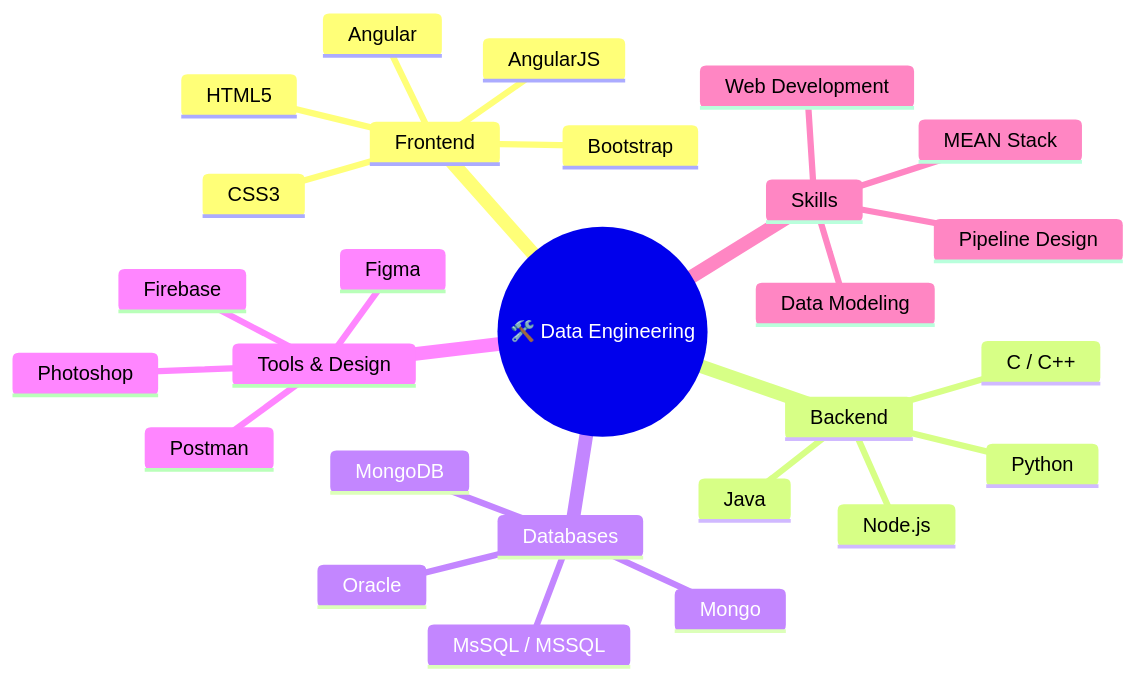
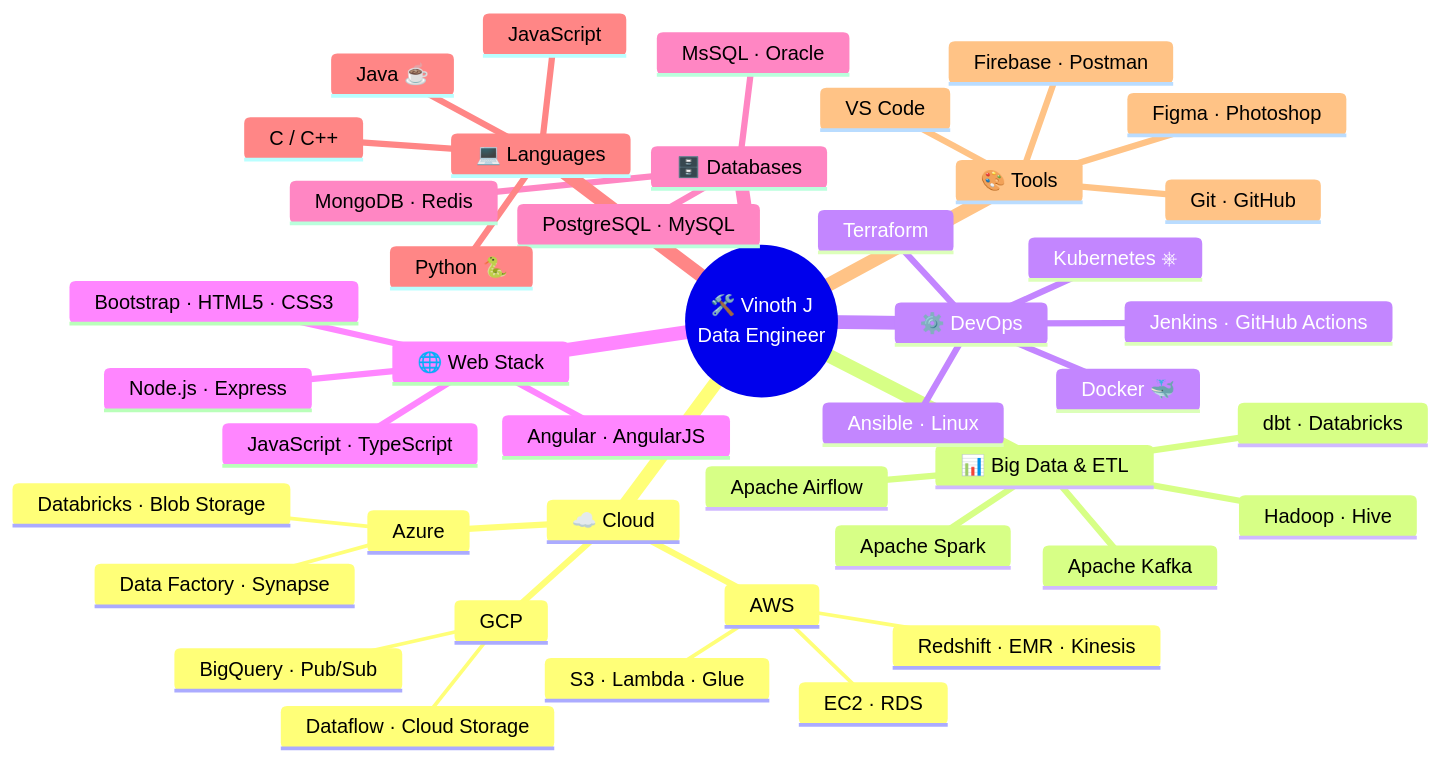
Before and after one commit to Vinothjv10/Vinothjv10: the first of 2 diagrams in README.md, drawn with Mermaid. The commit also changed other lines of this file, not shown here.

````diff
--- a/README.md
+++ b/README.md
@@ -195,30 +268,46 @@
 ```mermaid
 mindmap
-  root((🛠️ Data Engineering))
-    Frontend
-      Angular
-      AngularJS
-      Bootstrap
-      CSS3
-      HTML5
-    Backend
-      Node.js
-      Java
+  root((🛠️ Vinoth J<br/>Data Engineer))
+    ☁️ Cloud
+      AWS
+        S3 · Lambda · Glue
+        Redshift · EMR · Kinesis
+        EC2 · RDS
+      Azure
+        Data Factory · Synapse
+        Databricks · Blob Storage
+      GCP
+        BigQuery · Pub/Sub
+        Dataflow · Cloud Storage
+    📊 Big Data & ETL
+      Apache Spark
+      Apache Kafka
+      Apache Airflow
+      Hadoop · Hive
+      dbt · Databricks
+    ⚙️ DevOps
+      Docker 🐳
+      Kubernetes ⎈
+      Terraform
+      Jenkins · GitHub Actions
+      Ansible · Linux
+    🌐 Web Stack
+      Angular · AngularJS
+      Bootstrap · HTML5 · CSS3
+      Node.js · Express
+      JavaScript · TypeScript
+    🗄️ Databases
+      MongoDB · Redis
+      MsSQL · Oracle
+      PostgreSQL · MySQL
+    💻 Languages
+      Python 🐍
+      Java ☕
       C / C++
-      Python
-    Databases
-      MongoDB
-      MsSQL / MSSQL
-      Oracle
-      Mongo
-    Tools & Design
-      Figma
-      Firebase
-      Photoshop
-      Postman
-    Skills
-      MEAN Stack
-      Web Development
-      Pipeline Design
-      Data Modeling
+      JavaScript
+    🎨 Tools
+      Figma · Photoshop
+      Firebase · Postman
+      Git · GitHub
+      VS Code
 ```
````
